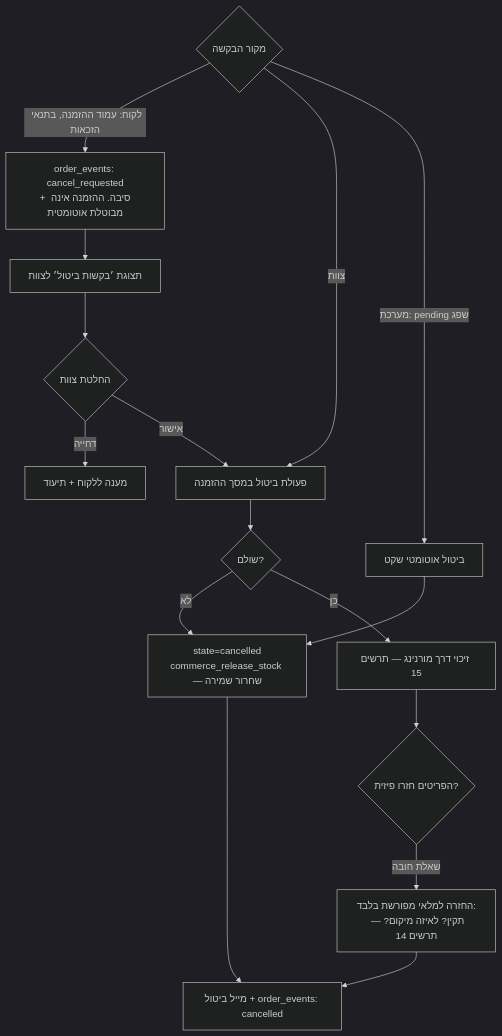
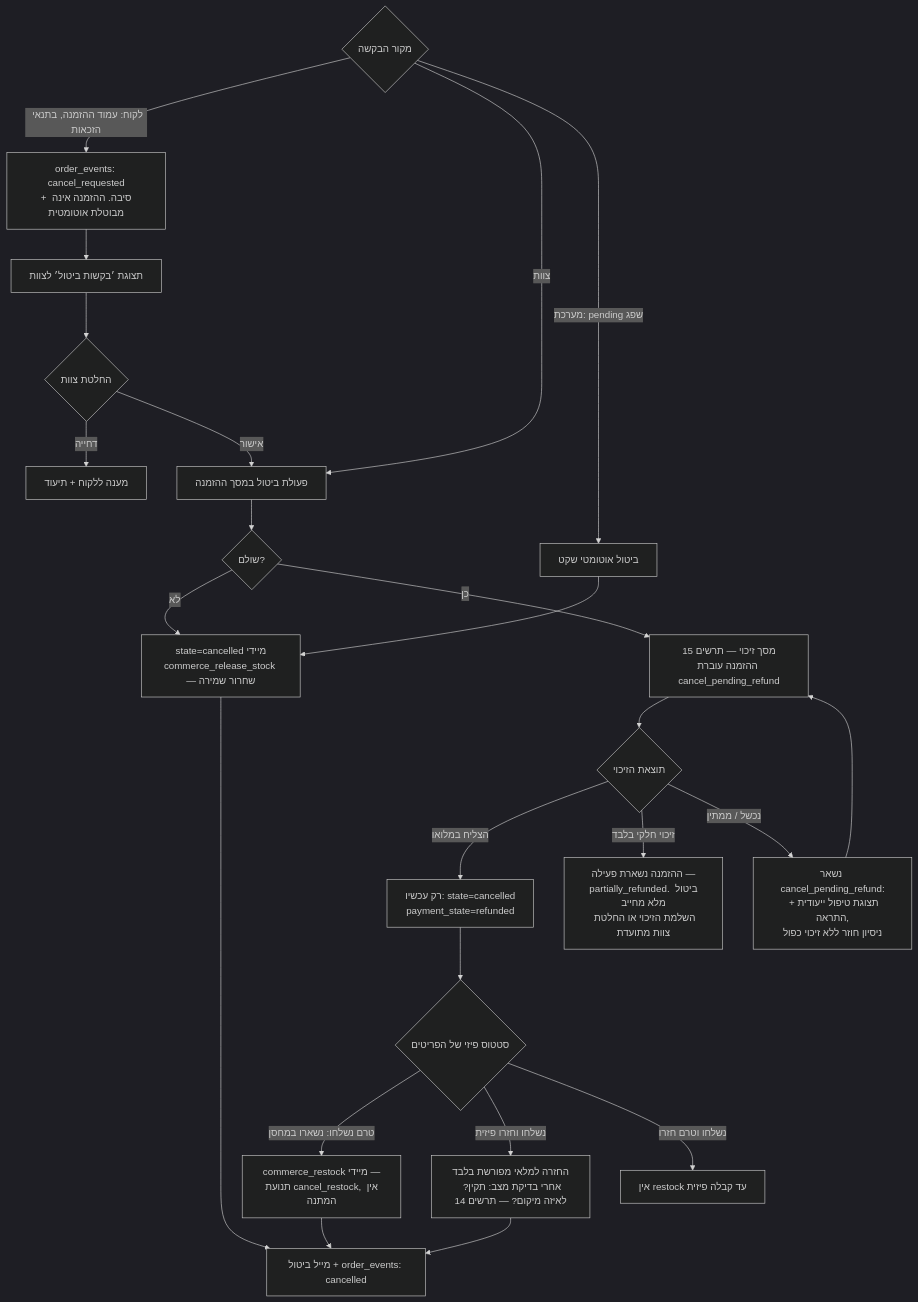
Before and after one commit to peilut2017-sketch/kerenreem: diagram 16 of 22 in docs/commerce/commerce-flows.md, drawn with Mermaid (dark theme). The commit also changed other lines of this file and 8 other files, not shown here.

````diff
--- a/docs/commerce/commerce-flows.md
+++ b/docs/commerce/commerce-flows.md
@@ -414,18 +428,26 @@
 ```mermaid
 flowchart TD
     A{מקור הבקשה} -->|לקוח: עמוד ההזמנה, בתנאי הזכאות| B[order_events: cancel_requested<br/>+ סיבה. ההזמנה אינה מבוטלת אוטומטית]
     A -->|צוות| C[פעולת ביטול במסך ההזמנה]
     A -->|מערכת: pending שפג| D[ביטול אוטומטי שקט]
     B --> E[תצוגת ׳בקשות ביטול׳ לצוות]
     E --> F{החלטת צוות}
     F -- דחייה --> F1[מענה ללקוח + תיעוד]
     F -- אישור --> C
     C --> G{שולם?}
-    G -- לא --> H[state=cancelled<br/>commerce_release_stock — שחרור שמירה]
-    G -- כן --> I[זיכוי דרך מורנינג — תרשים 15]
-    I --> J{הפריטים חזרו פיזית?}
-    J -- שאלת חובה --> K[החזרה למלאי מפורשת בלבד:<br/>תקין? לאיזה מיקום? — תרשים 14]
+    G -- לא --> H[state=cancelled מיידי<br/>commerce_release_stock — שחרור שמירה]
+    G -- כן --> I[מסך זיכוי — תרשים 15<br/>ההזמנה עוברת cancel_pending_refund]
+    I --> R{תוצאת הזיכוי}
+    R -- הצליח במלואו --> S[רק עכשיו: state=cancelled<br/>payment_state=refunded]
+    R -- זיכוי חלקי בלבד --> P[ההזמנה נשארת פעילה —<br/>partially_refunded. ביטול מלא מחייב<br/>השלמת הזיכוי או החלטת צוות מתועדת]
+    R -- נכשל / ממתין --> Q[נשאר cancel_pending_refund:<br/>תצוגת טיפול ייעודית + התראה,<br/>ניסיון חוזר ללא זיכוי כפול]
+    Q --> I
+    S --> J{סטטוס פיזי של הפריטים}
+    J -- טרם נשלחו: נשארו במחסן --> K1[commerce_restock מיידי —<br/>תנועת cancel_restock, אין המתנה]
+    J -- נשלחו וחזרו פיזית --> K2[החזרה למלאי מפורשת בלבד<br/>אחרי בדיקת מצב: תקין? לאיזה מיקום? — תרשים 14]
+    J -- נשלחו וטרם חזרו --> K3[אין restock עד קבלה פיזית]
     H --> L[מייל ביטול + order_events: cancelled]
-    K --> L
+    K1 --> L
+    K2 --> L
     D --> H
 ```
````
